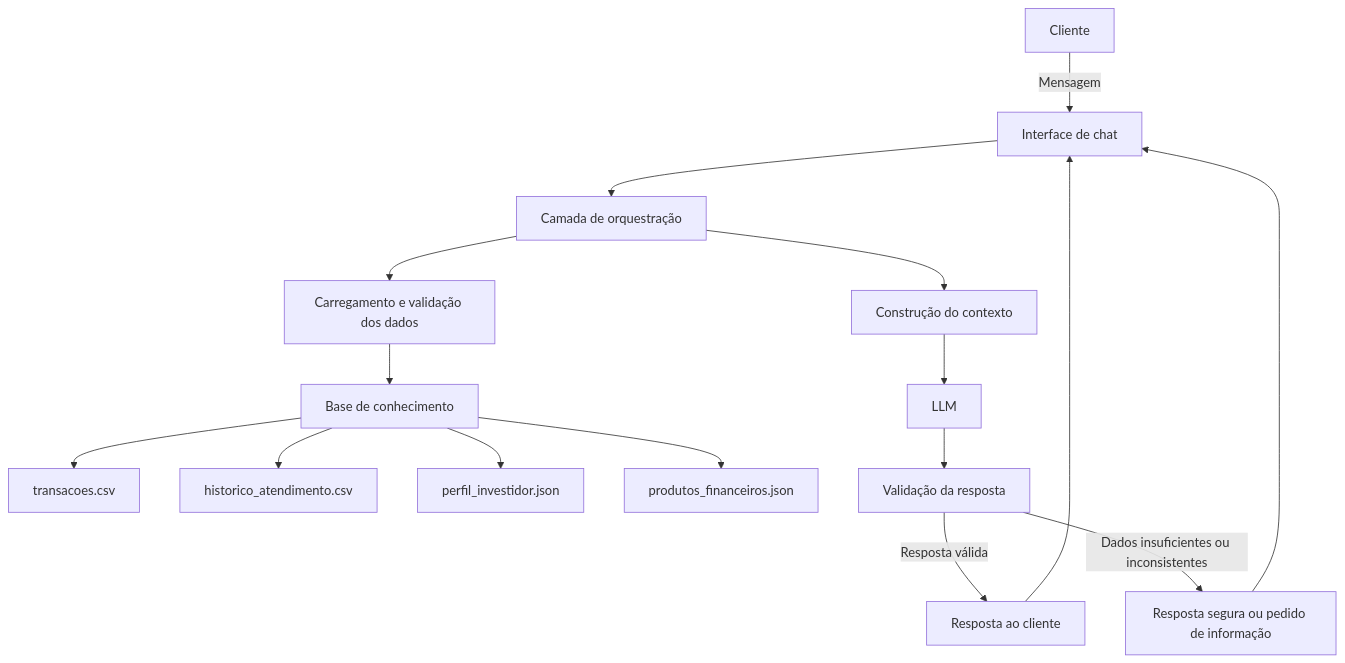
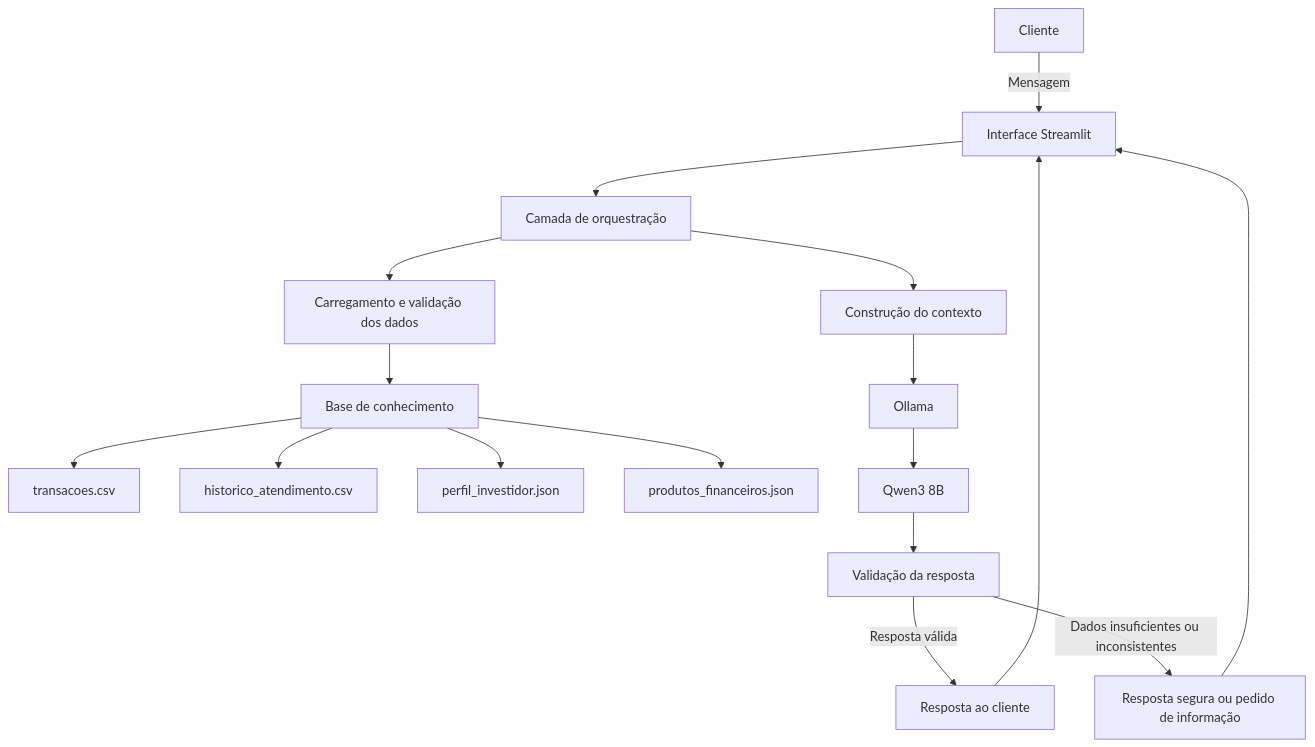
The diagram in docs/01-documentacao-agente.md (Breno3B/dio-lab-bia-do-futuro), drawn with Mermaid before and after one commit. The commit also changed other lines of this file, not shown here.

````diff
--- a/docs/01-documentacao-agente.md
+++ b/docs/01-documentacao-agente.md
@@ -96,23 +108,24 @@
 ```mermaid
 flowchart TD
-    A[Cliente] -->|Mensagem| B[Interface de chat]
+    A[Cliente] -->|Mensagem| B[Interface Streamlit]
     B --> C[Camada de orquestração]
 
     C --> D[Carregamento e validação dos dados]
     D --> E[Base de conhecimento]
 
     E --> E1[transacoes.csv]
     E --> E2[historico_atendimento.csv]
     E --> E3[perfil_investidor.json]
     E --> E4[produtos_financeiros.json]
 
     C --> F[Construção do contexto]
-    F --> G[LLM]
+    F --> G[Ollama]
+    G --> G1[Qwen3 8B]
 
-    G --> H[Validação da resposta]
+    G1 --> H[Validação da resposta]
     H -->|Resposta válida| I[Resposta ao cliente]
     H -->|Dados insuficientes ou inconsistentes| J[Resposta segura ou pedido de informação]
 
     I --> B
     J --> B
 ```
````
